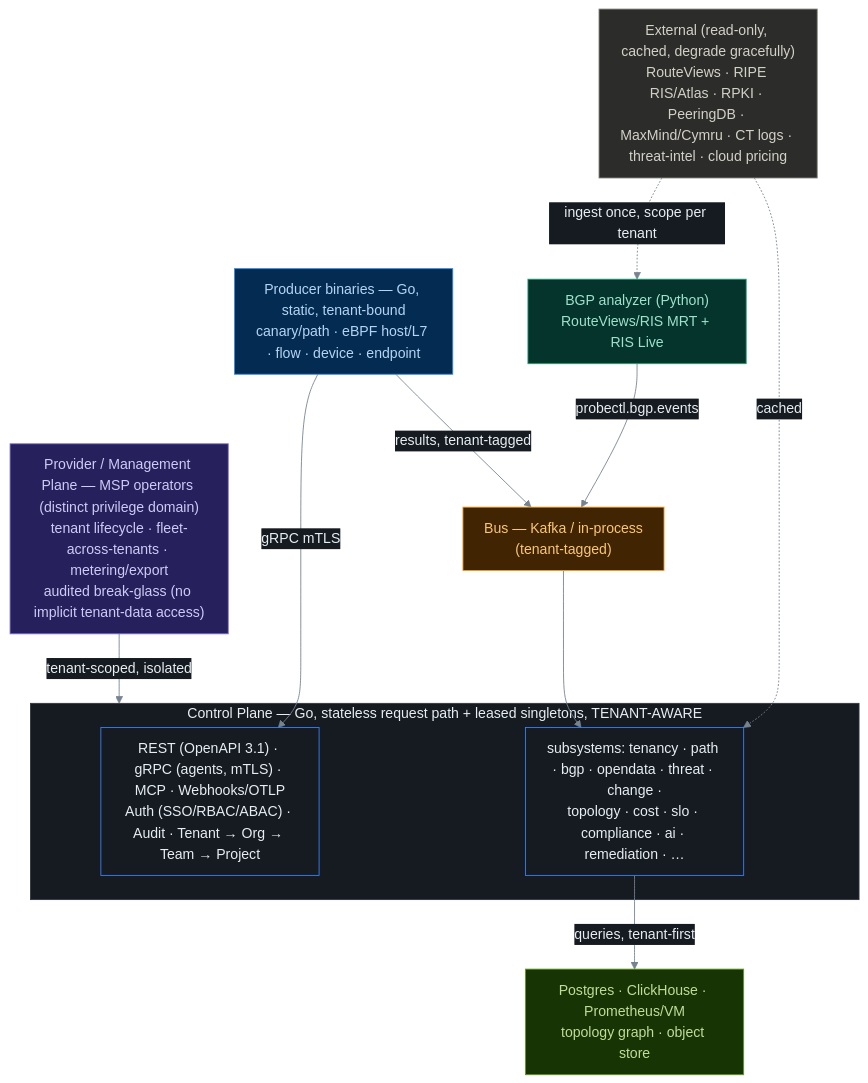
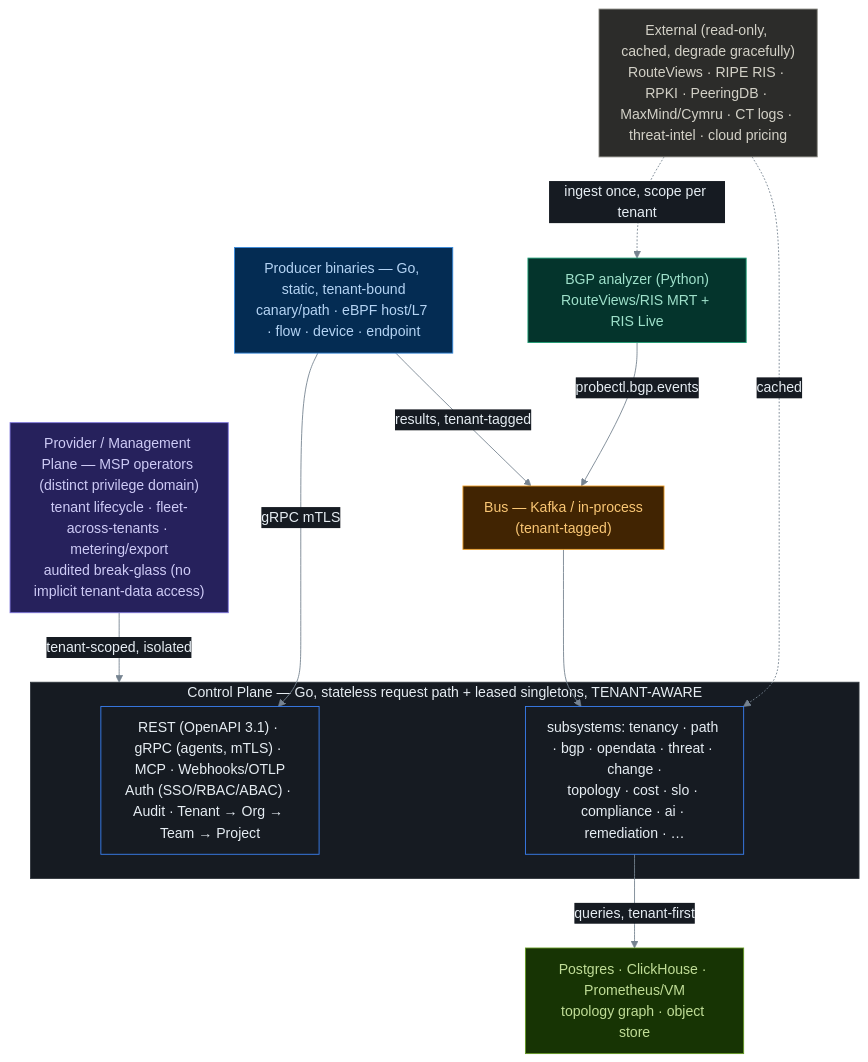
Before and after one commit to ctlplne/probectl: the diagram in README.md, drawn with Mermaid. The commit also changed other lines of this file and 24 other files, not shown here.

````diff
--- a/README.md
+++ b/README.md
@@ -217,38 +217,38 @@
 ```mermaid
 %%{init: {'theme':'base','themeVariables':{'background':'transparent','primaryColor':'#161b22','primaryTextColor':'#e6edf3','primaryBorderColor':'#3b82f6','lineColor':'#768390','secondaryColor':'#21262d','tertiaryColor':'#0d1117','clusterBkg':'#161b22','clusterBorder':'#30363d','titleColor':'#e6edf3','edgeLabelBackground':'#161b22','fontFamily':'ui-monospace, SFMono-Regular, Menlo, monospace'},'flowchart':{'curve':'basis','nodeSpacing':55,'rankSpacing':55,'padding':12}}}%%
 flowchart TB
     Provider["Provider / Management Plane — MSP operators (distinct privilege domain)<br/>tenant lifecycle · fleet-across-tenants · metering/export<br/>audited break-glass (no implicit tenant-data access)"]
 
     subgraph CP["Control Plane — Go, stateless request path + leased singletons, TENANT-AWARE"]
         Edge["REST (OpenAPI 3.1) · gRPC (agents, mTLS) · MCP · Webhooks/OTLP<br/>Auth (SSO/RBAC/ABAC) · Audit · Tenant → Org → Team → Project"]
         Subsys["subsystems: tenancy · path · bgp · opendata · threat · change ·<br/>topology · cost · slo · compliance · ai · remediation · …"]
     end
 
     Agents["Producer binaries — Go, static, tenant-bound<br/>canary/path · eBPF host/L7 · flow · device · endpoint"]
     Analyzer["BGP analyzer (Python)<br/>RouteViews/RIS MRT + RIS Live"]
     Bus["Bus — Kafka / in-process<br/>(tenant-tagged)"]
     Stores["Postgres · ClickHouse · Prometheus/VM<br/>topology graph · object store"]
-    External["External (read-only, cached, degrade gracefully)<br/>RouteViews · RIPE RIS/Atlas · RPKI · PeeringDB · MaxMind/Cymru · CT logs · threat-intel · cloud pricing"]
+    External["External (read-only, cached, degrade gracefully)<br/>RouteViews · RIPE RIS · RPKI · PeeringDB · MaxMind/Cymru · CT logs · threat-intel · cloud pricing"]
 
     Provider -->|tenant-scoped, isolated| CP
     Agents -->|gRPC mTLS| Edge
     Analyzer -->|probectl.bgp.events| Bus
     Agents -->|results, tenant-tagged| Bus
     Bus --> Subsys
     Subsys -->|queries, tenant-first| Stores
     External -.->|ingest once, scope per tenant| Analyzer
     External -.->|cached| Subsys
 
     classDef prov fill:#26215C,stroke:#7F77DD,color:#CECBF6
     classDef agent fill:#042C53,stroke:#378ADD,color:#B5D4F4
     classDef analyzer fill:#04342C,stroke:#1D9E75,color:#9FE1CB
     classDef bus fill:#412402,stroke:#EF9F27,color:#FAC775
     classDef store fill:#173404,stroke:#639922,color:#C0DD97
     classDef ext fill:#2C2C2A,stroke:#888780,color:#D3D1C7
     class Provider prov
     class Agents agent
     class Analyzer analyzer
     class Bus bus
     class Stores store
     class External ext
 ```
````
